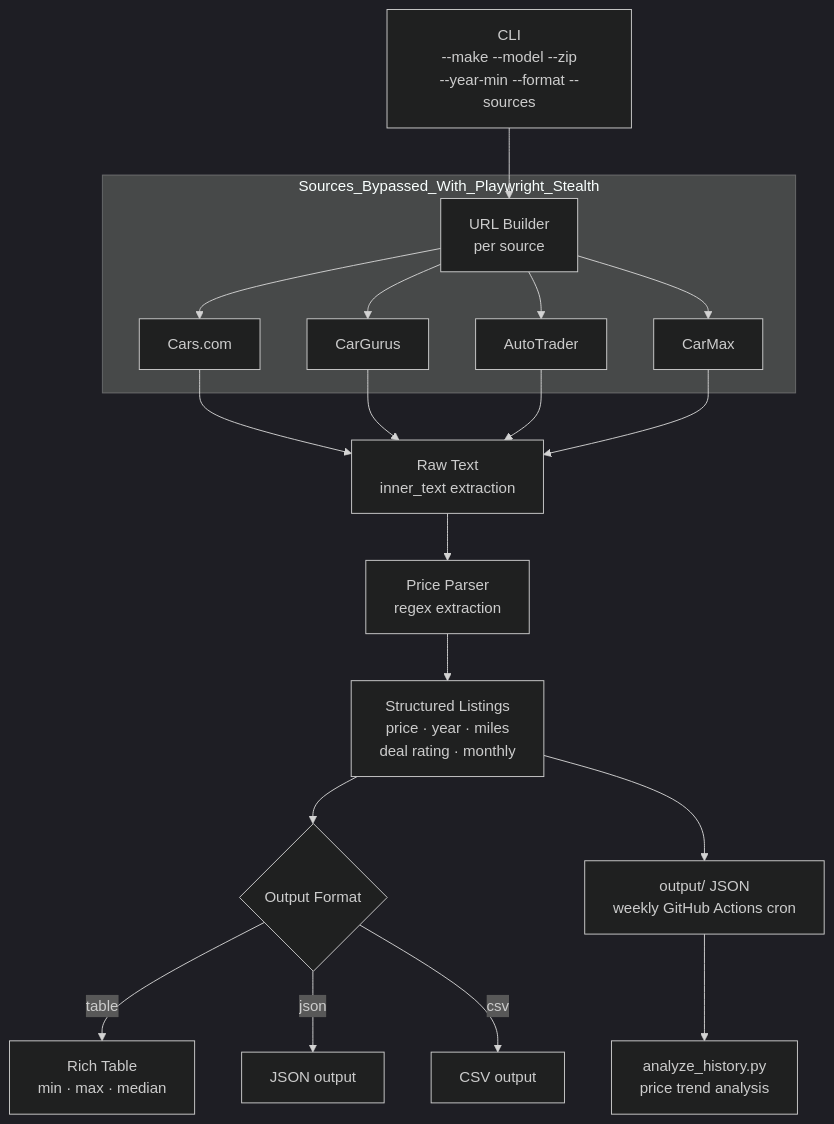
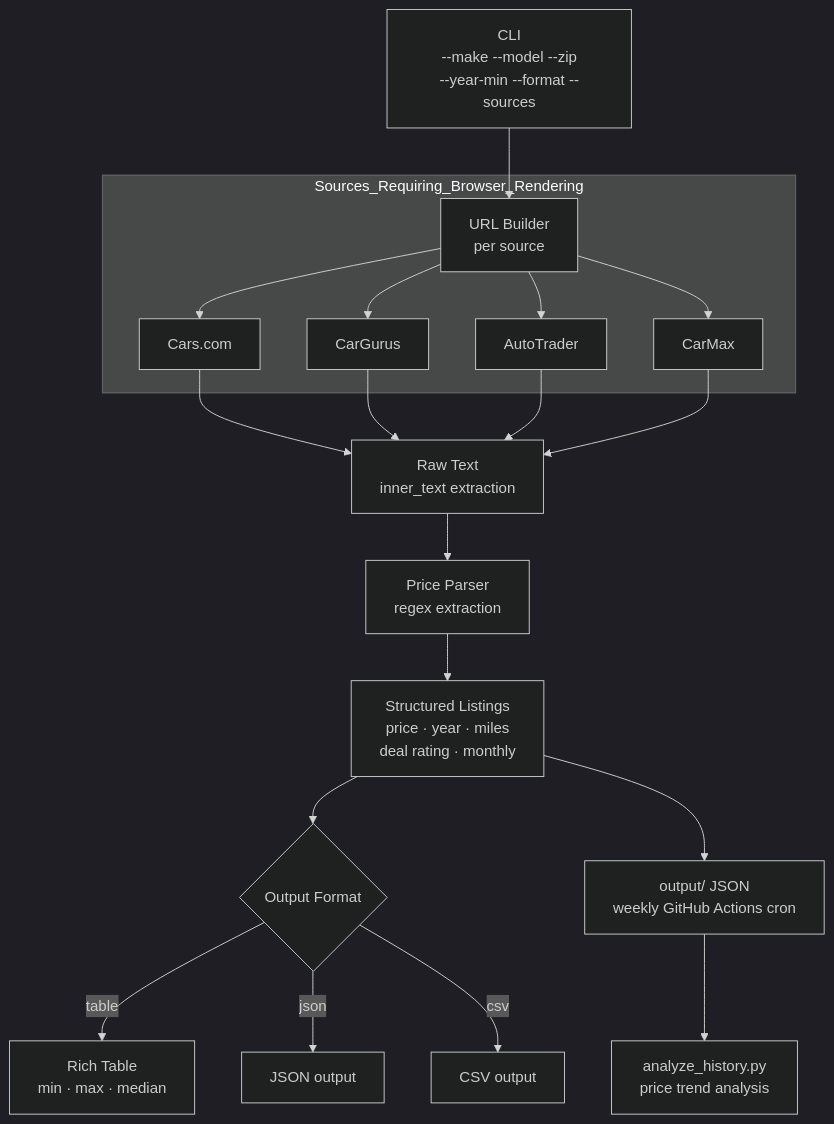
The diagram in README.md (TushGoel/carrecon), drawn with Mermaid (dark theme) before and after one commit. The commit also changed other lines of this file, not shown here.

First line of the commit message:
docs: soften stealth/bypass framing to neutral technical language

````diff
--- a/README.md
+++ b/README.md
@@ -62,21 +62,21 @@
 ```mermaid
 graph TD
     A[CLI\n--make --model --zip\n--year-min --format --sources] --> B[URL Builder\nper source]
 
-    subgraph Sources_Bypassed_With_Playwright_Stealth
+    subgraph Sources_Requiring_Browser_Rendering
         B --> C[Cars.com]
         B --> D[CarGurus]
         B --> E[AutoTrader]
         B --> F[CarMax]
     end
 
     C & D & E & F --> G[Raw Text\ninner_text extraction]
     G --> H[Price Parser\nregex extraction]
     H --> I[Structured Listings\nprice · year · miles\ndeal rating · monthly]
     I --> J{Output Format}
     J -->|table| K[Rich Table\nmin · max · median]
     J -->|json| L[JSON output]
     J -->|csv| M[CSV output]
     I --> N[output/ JSON\nweekly GitHub Actions cron]
     N --> O[analyze_history.py\nprice trend analysis]
 ```
````
